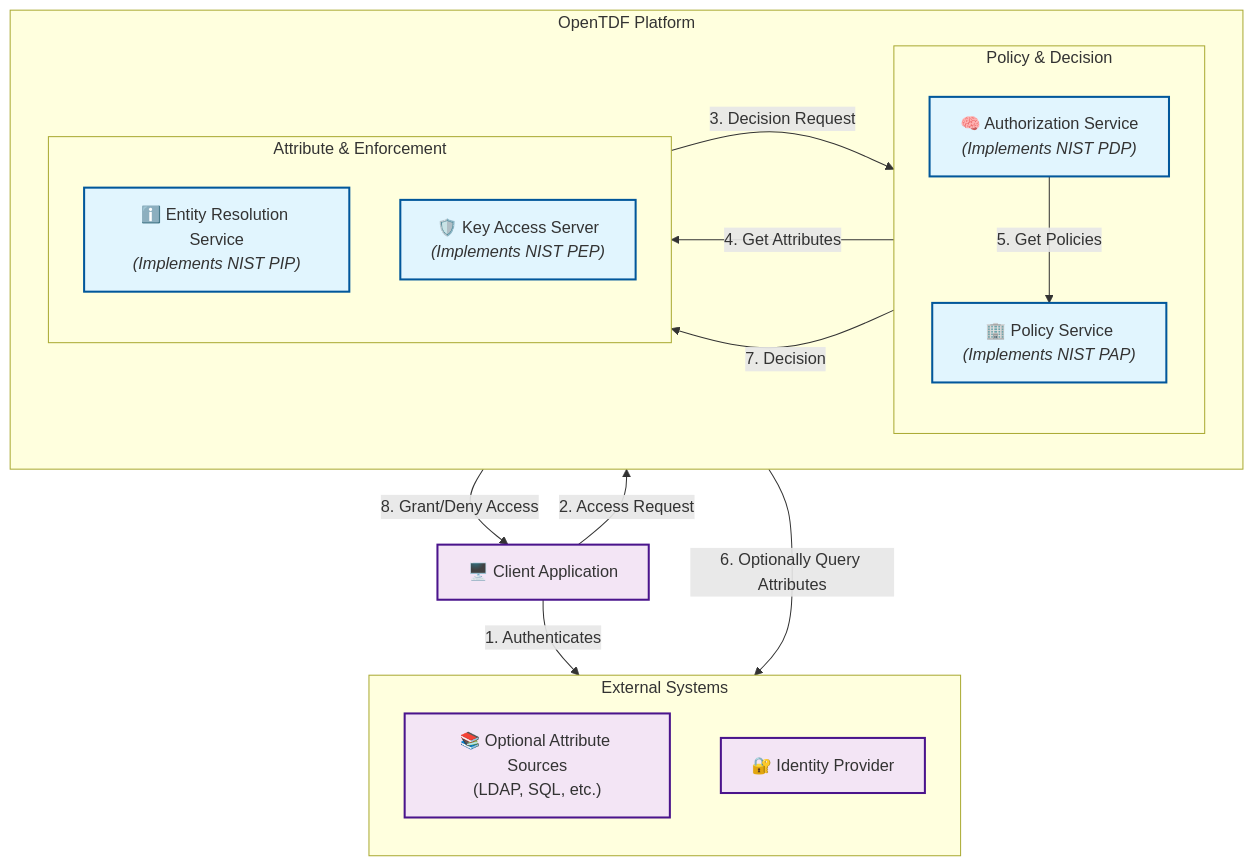
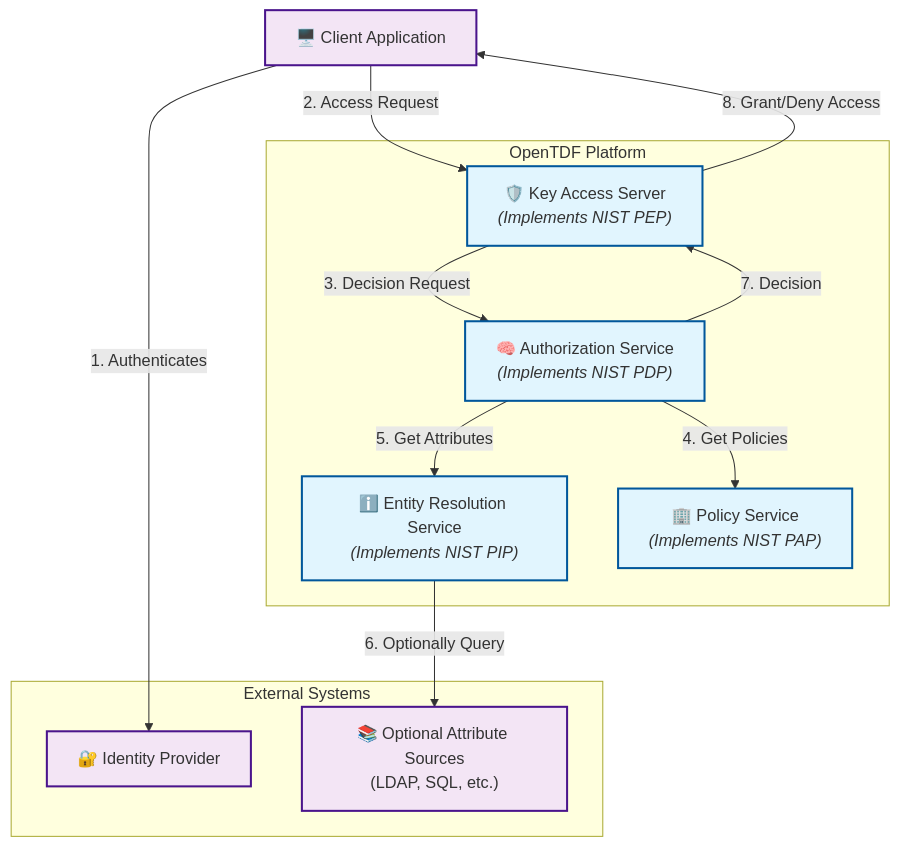
Before and after one commit to opentdf/docs: the diagram in docs/architecture.mdx, drawn with Mermaid. The commit also changed other lines of this file, not shown here.

Commit message:
feat(docs): overhaul architecture page for clarity and usability
This commit completely revises the architecture documentation with a new structure and improved content based on extensive feedback.

The key changes include:
- **Narrative Focus:** The document is now centered on the OpenTDF components, with the NIST ABAC model used as supporting context rather than the primary structure.
- **New Diagram:** A new, portrait-oriented Mermaid diagram is used to improve readability on standard screens.
- **Clickable Elements:** The nodes in the Mermaid diagram and the section headings for each component are now linked to their respective documentation pages for easier navigation.
- **External Links:** The text now includes links to the NIST homepage and their official guide on ABAC for further reading.
- **Layout:** The page now uses a single-column layout with the diagram presented above the explanatory text.

````diff
--- a/docs/architecture.mdx
+++ b/docs/architecture.mdx
@@ -13,43 +13,41 @@
 ```mermaid
 graph TD
+    CLIENT["🖥️ Client Application"]
+
     subgraph "OpenTDF Platform"
-        direction LR
-        
-        subgraph "Policy & Decision"
-            direction TB
-            POLICY["🏢 Policy Service<br/><i>(Implements NIST PAP)</i>"]
-            AUTHZ["🧠 Authorization Service<br/><i>(Implements NIST PDP)</i>"]
-        end
-
-        subgraph "Attribute & Enforcement"
-            direction TB
-            ERS["ℹ️ Entity Resolution Service<br/><i>(Implements NIST PIP)</i>"]
-            KAS["🛡️ Key Access Server<br/><i>(Implements NIST PEP)</i>"]
-        end
-    end
-    
-    subgraph "External Systems"
-        direction TB
-        ATTR_SOURCES["📚 Optional Attribute Sources<br/>(LDAP, SQL, etc.)"]
-        IDP["🔐 Identity Provider"]
+        KAS["🛡️ Key Access Server<br/><i>(Implements NIST PEP)</i>"]
+        AUTHZ["🧠 Authorization Service<br/><i>(Implements NIST PDP)</i>"]
+        ERS["ℹ️ Entity Resolution Service<br/><i>(Implements NIST PIP)</i>"]
+        POLICY["🏢 Policy Service<br/><i>(Implements NIST PAP)</i>"]
     end
 
-    CLIENT["🖥️ Client Application"]
+    subgraph "External Systems"
+        IDP["🔐 Identity Provider"]
+        ATTR_SOURCES["📚 Optional Attribute Sources<br/>(LDAP, SQL, etc.)"]
+    end
 
     CLIENT -->|1. Authenticates| IDP
     CLIENT -->|2. Access Request| KAS
     
     KAS -->|3. Decision Request| AUTHZ
-    AUTHZ -->|4. Get Attributes| ERS
-    AUTHZ -->|5. Get Policies| POLICY
-    ERS -->|6. Optionally Query Attributes| ATTR_SOURCES
+    
+    AUTHZ -->|4. Get Policies| POLICY
+    AUTHZ -->|5. Get Attributes| ERS
+    
+    ERS -->|6. Optionally Query| ATTR_SOURCES
     
     AUTHZ -->|7. Decision| KAS
+    
     KAS -->|8. Grant/Deny Access| CLIENT
 
     classDef opentdfService fill:#e1f5fe,stroke:#01579b,stroke-width:2px
     classDef externalSystem fill:#f3e5f5,stroke:#4a148c,stroke-width:2px
     
     class POLICY,AUTHZ,ERS,KAS opentdfService
     class ATTR_SOURCES,IDP,CLIENT externalSystem
+
+    click POLICY "components/policy/" "Go to Policy Service docs"
+    click AUTHZ "components/authorization" "Go to Authorization Service docs"
+    click ERS "components/entity_resolution" "Go to Entity Resolution Service docs"
+    click KAS "components/key_access" "Go to Key Access Server docs"
 ```
````
